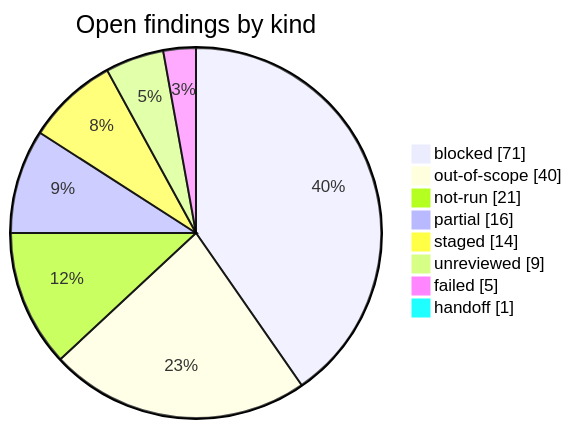
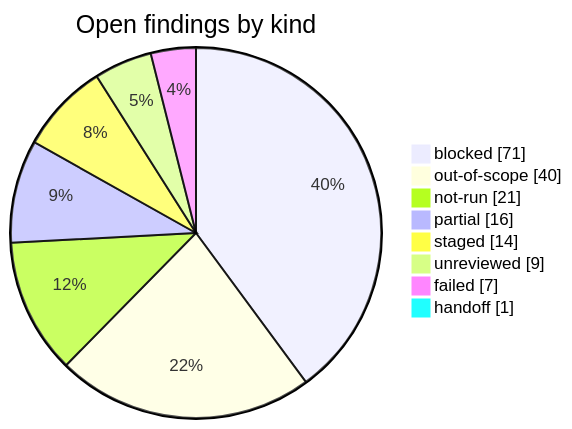
The diagram in research/open-findings.md (korczis/OpenTTD), drawn with Mermaid before and after one commit. The commit also changed other lines of this file and 4 other files, not shown here.

````diff
--- a/research/open-findings.md
+++ b/research/open-findings.md
@@ -36,12 +36,12 @@
 ```mermaid
 pie showData title Open findings by kind
     %% links: open-findings.md?col=Kind&filter=blocked#findings | open-findings.md?col=Kind&filter=out-of-scope#findings | open-findings.md?col=Kind&filter=not-run#findings | open-findings.md?col=Kind&filter=partial#findings | open-findings.md?col=Kind&filter=staged#findings | open-findings.md?col=Kind&filter=unreviewed#findings | open-findings.md?col=Kind&filter=failed#findings | open-findings.md?col=Kind&filter=handoff#findings
     "blocked" : 71
     "out-of-scope" : 40
     "not-run" : 21
     "partial" : 16
     "staged" : 14
     "unreviewed" : 9
-    "failed" : 5
+    "failed" : 7
     "handoff" : 1
 ```
````
